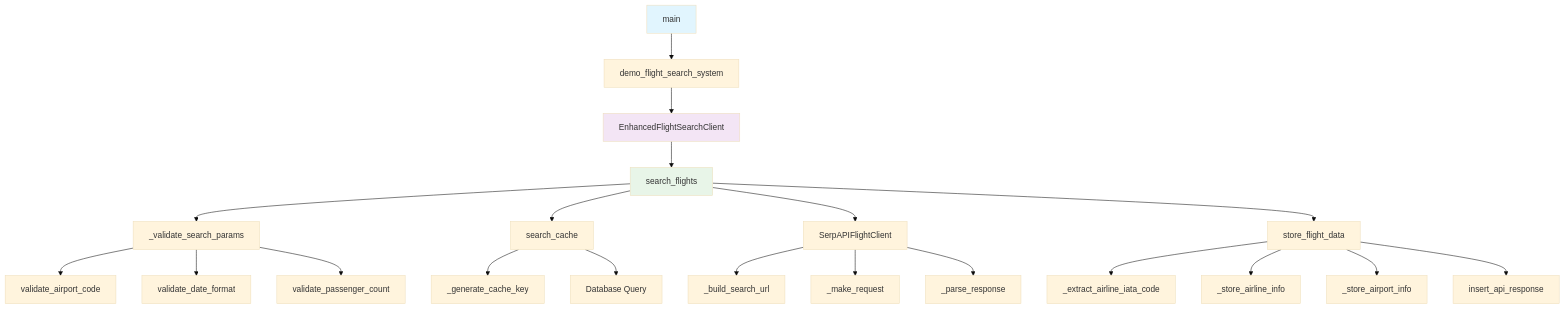
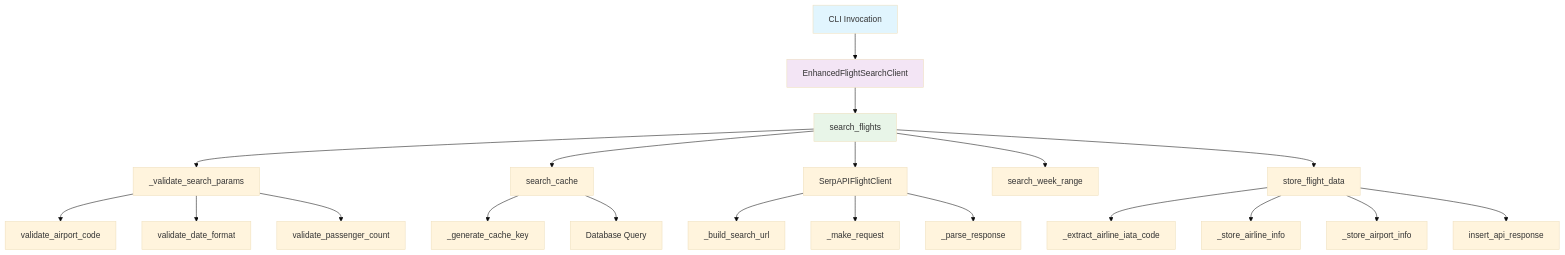
Before and after one commit to samuelarosario/SerpAPI-GPT5: diagram 12 of 12 in MD/FUNCTION_FLOWCHARTS.md, drawn with Mermaid (base theme). The commit also changed other lines of this file and 1 other file, not shown here.

Commit message:
docs: remove deprecated approval/analyzer flows and add deprecation notes (Sept 2025)

````diff
--- a/MD/FUNCTION_FLOWCHARTS.md
+++ b/MD/FUNCTION_FLOWCHARTS.md
@@ -457,31 +399,31 @@
 ```mermaid
 graph TD
-    Main[main] --> Demo[demo_flight_search_system]
-    Demo --> Client[EnhancedFlightSearchClient]
+  Main[CLI Invocation] --> Client[EnhancedFlightSearchClient]
     Client --> Search[search_flights]
     
     Search --> Validate[_validate_search_params]
     Search --> Cache[search_cache]
     Search --> API[SerpAPIFlightClient]
-    Search --> Store[store_flight_data]
+  Search --> WeekRange[search_week_range]
+  Search --> Store[store_flight_data]
     
     Cache --> GenKey[_generate_cache_key]
     Cache --> Query[Database Query]
     
     API --> BuildURL[_build_search_url]
     API --> MakeReq[_make_request]
     API --> ParseResp[_parse_response]
     
     Store --> ExtractAirline[_extract_airline_iata_code]
     Store --> StoreAirline[_store_airline_info]
     Store --> StoreAirport[_store_airport_info]
     Store --> InsertAPI[insert_api_response]
     
     Validate --> CheckAirport[validate_airport_code]
     Validate --> CheckDate[validate_date_format]
     Validate --> CheckPass[validate_passenger_count]
     
     style Main fill:#e1f5fe
     style Client fill:#f3e5f5
     style Search fill:#e8f5e8
 ```
````
